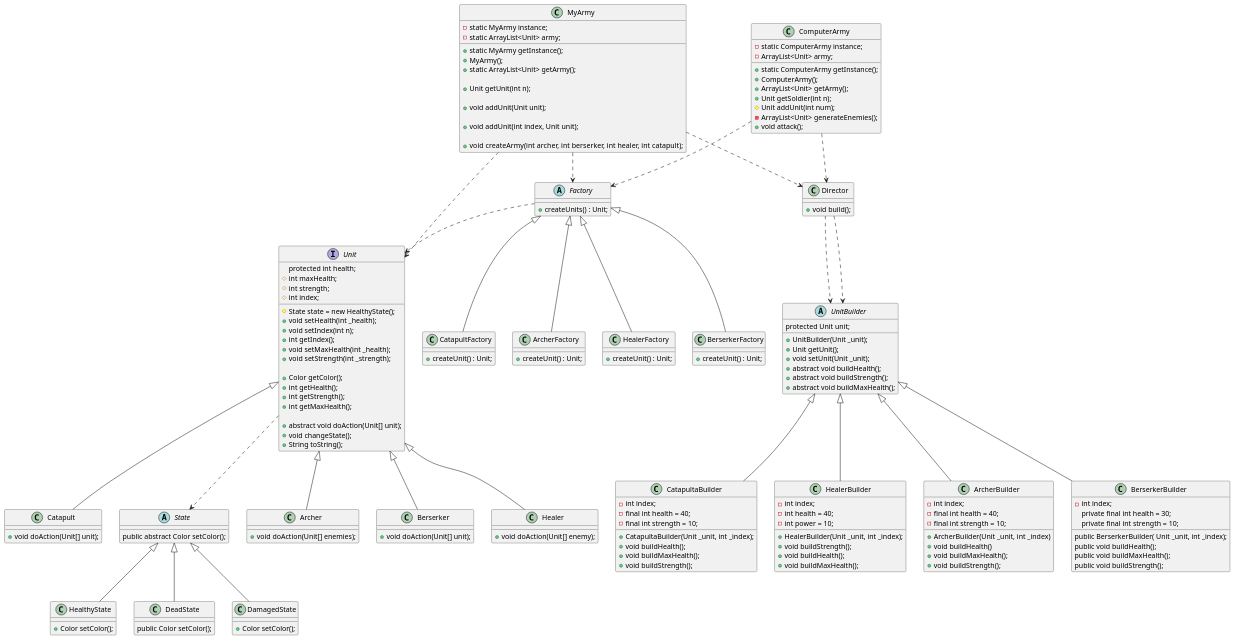
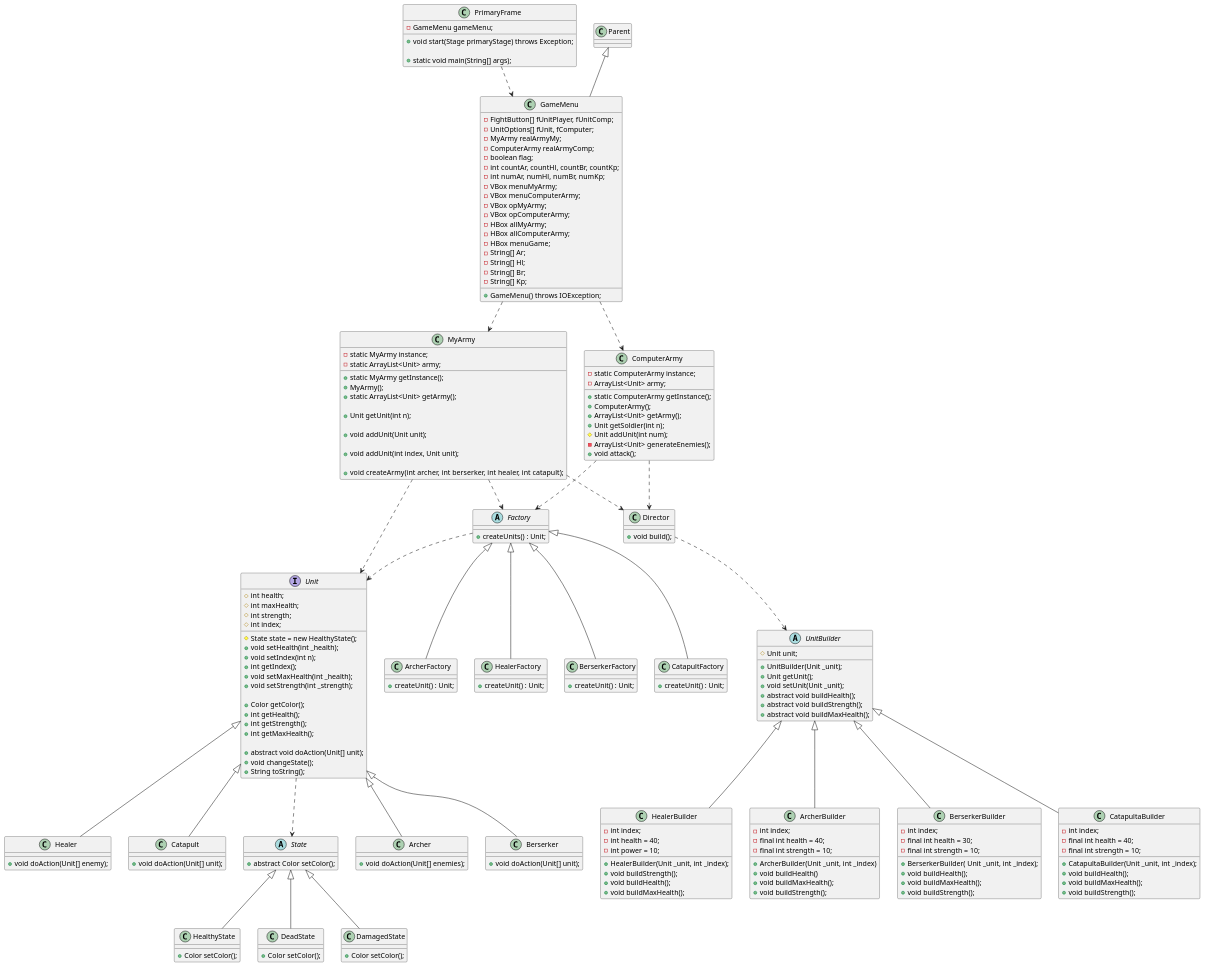
The diagram in out/production/pattern_game/classesuml.puml (urban-cosmonaut-tales/pattern_game), drawn with PlantUML before and after one commit. The commit also changed 6 other files, not shown here.

```diff
--- a/out/production/pattern_game/classesuml.puml
+++ b/out/production/pattern_game/classesuml.puml
@@ -1,160 +1,190 @@
 @startuml
+class PrimaryFrame{
+ - GameMenu gameMenu;
+    + void start(Stage primaryStage) throws Exception;
+
+    + static void main(String[] args);
+}
+class GameMenu extends Parent {
+    - FightButton[] fUnitPlayer, fUnitComp;
+    - UnitOptions[] fUnit, fComputer;
+    - MyArmy realArmyMy;
+    - ComputerArmy realArmyComp;
+    - boolean flag;
+    - int countAr, countHl, countBr, countKp;
+    - int numAr, numHl, numBr, numKp;
+    - VBox menuMyArmy;
+    - VBox menuComputerArmy;
+    - VBox opMyArmy;
+    - VBox opComputerArmy;
+    - HBox allMyArmy;
+    - HBox allComputerArmy;
+    - HBox menuGame;
+    - String[] Ar;
+    - String[] Hl;
+    - String[] Br;
+    - String[] Kp;
+    + GameMenu() throws IOException;
+}
+PrimaryFrame ..> GameMenu
+GameMenu ..> ComputerArmy
+GameMenu ..> MyArmy
+
 interface Unit{
-  protected int health;
+  # int health;
      # int maxHealth;
      # int strength;
      # State state = new HealthyState();
      # int index;
 
      + void setHealth(int _health);
      + void setIndex(int n);
      + int getIndex();
      + void setMaxHealth(int _health);
      + void setStrength(int _strength);
 
      + Color getColor();
      + int getHealth();
      + int getStrength();
      + int getMaxHealth();
 
      + abstract void doAction(Unit[] unit);
      + void changeState();
      + String toString();
 }
 class Archer extends Unit{
     + void doAction(Unit[] enemies);
 }
 class Berserker extends Unit{
     + void doAction(Unit[] unit);
 }
 
 class Healer extends Unit{
     + void doAction(Unit[] enemy);
 }
 
 class Catapult extends Unit{
     + void doAction(Unit[] unit);
 }
 
 
 Abstract class Factory{
 +createUnits() : Unit;
 }
 class ArcherFactory extends Factory{
 + createUnit() : Unit;
 }
 class HealerFactory extends Factory{
 + createUnit() : Unit;
 }
 class BerserkerFactory extends Factory{
 + createUnit() : Unit;
 }
 class CatapultFactory extends Factory{
 + createUnit() : Unit;
 }
 
 
 abstract class UnitBuilder{
-protected Unit unit;
+# Unit unit;
     + UnitBuilder(Unit _unit);
     + Unit getUnit();
     + void setUnit(Unit _unit);
     + abstract void buildHealth();
     + abstract void buildStrength();
     + abstract void buildMaxHealth();
 
 }
 class Director{
 + void build();
 }
 class ArcherBuilder extends UnitBuilder {
     - int index;
     - final int health = 40;
     - final int strength = 10;
     + ArcherBuilder(Unit _unit, int _index)
     + void buildHealth()
     + void buildMaxHealth();
     + void buildStrength();
 }
 class BerserkerBuilder extends UnitBuilder{
     - int index;
-    private final int health = 30;
-    private final int strength = 10;
-    public BerserkerBuilder( Unit _unit, int _index);
-    public void buildHealth();
-    public void buildMaxHealth();
-    public void buildStrength();
+    - final int health = 30;
+    - final int strength = 10;
+    + BerserkerBuilder( Unit _unit, int _index);
+    + void buildHealth();
+    + void buildMaxHealth();
+    + void buildStrength();
 }
 class CatapultaBuilder extends UnitBuilder{
     - int index;
     - final int health = 40;
     - final int strength = 10;
     + CatapultaBuilder(Unit _unit, int _index);
     + void buildHealth();
     + void buildMaxHealth();
     + void buildStrength();
 }
 class HealerBuilder extends UnitBuilder {
      - int index;
      - int health = 40;
      - int power = 10;
      + HealerBuilder(Unit _unit, int _index);
      + void buildStrength();
      + void buildHealth();
      + void buildMaxHealth();
 }
 
 abstract class State {
-    public abstract Color setColor();
+    + abstract Color setColor();
 }
 class HealthyState extends State {
     + Color setColor();
 }
 class DeadState extends State {
-    public Color setColor();
+    + Color setColor();
 }
 class DamagedState extends State {
     + Color setColor();
 }
 class ComputerArmy {
     - static ComputerArmy instance;
     + static ComputerArmy getInstance();
     - ArrayList<Unit> army;
     + ComputerArmy();
     + ArrayList<Unit> getArmy();
     + Unit getSoldier(int n);
     # Unit addUnit(int num);
     - ArrayList<Unit> generateEnemies();
     + void attack();
 
 }
-Director ..> UnitBuilder
 ComputerArmy..> Director
 ComputerArmy ..> Factory
 Factory ..> Unit
 
 Unit ..> State
 
 
 class MyArmy {
     - static MyArmy instance;
     - static ArrayList<Unit> army;
 
     + static MyArmy getInstance();
     + MyArmy();
     + static ArrayList<Unit> getArmy();
 
     + Unit getUnit(int n);
 
     + void addUnit(Unit unit);
 
     + void addUnit(int index, Unit unit);
 
     + void createArmy(int archer, int berserker, int healer, int catapult);
 }
 MyArmy ..> Unit
 Director ..> UnitBuilder
 MyArmy ..> Factory
 MyArmy..> Director
 
 @enduml
```
